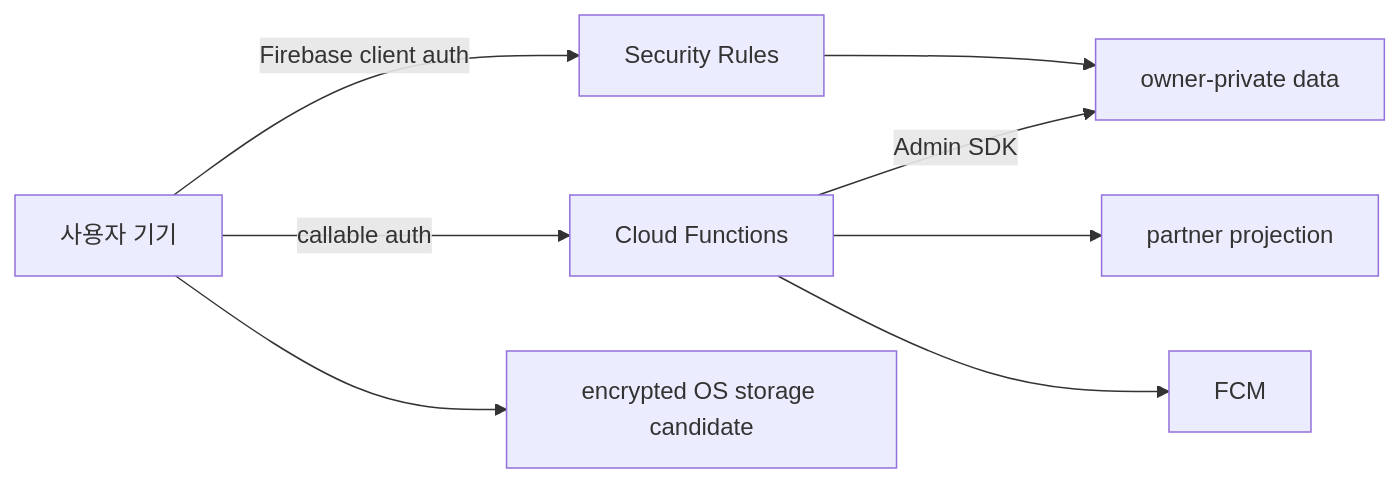
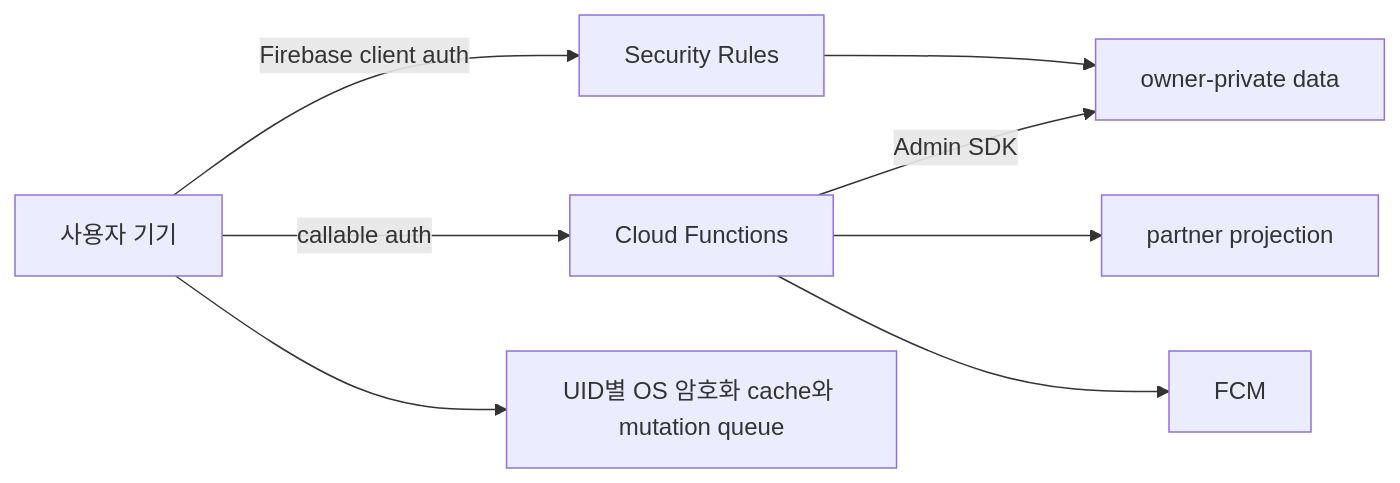
Before and after one commit to seorilabs/cycle-pair: the diagram in docs/security-threat-model.md, drawn with Mermaid. The commit also changed other lines of this file and 16 other files, not shown here.

```diff
--- a/docs/security-threat-model.md
+++ b/docs/security-threat-model.md
@@ -20,10 +20,10 @@
 ~~~mermaid
 flowchart LR
   DEVICE[사용자 기기] -->|Firebase client auth| RULES[Security Rules]
   RULES --> PRIVATE[owner-private data]
   DEVICE -->|callable auth| FN[Cloud Functions]
   FN -->|Admin SDK| PRIVATE
   FN --> PROJ[partner projection]
   FN --> FCM[FCM]
-  DEVICE --> LOCAL[encrypted OS storage candidate]
+  DEVICE --> LOCAL[UID별 OS 암호화 cache와 mutation queue]
 ~~~
```
